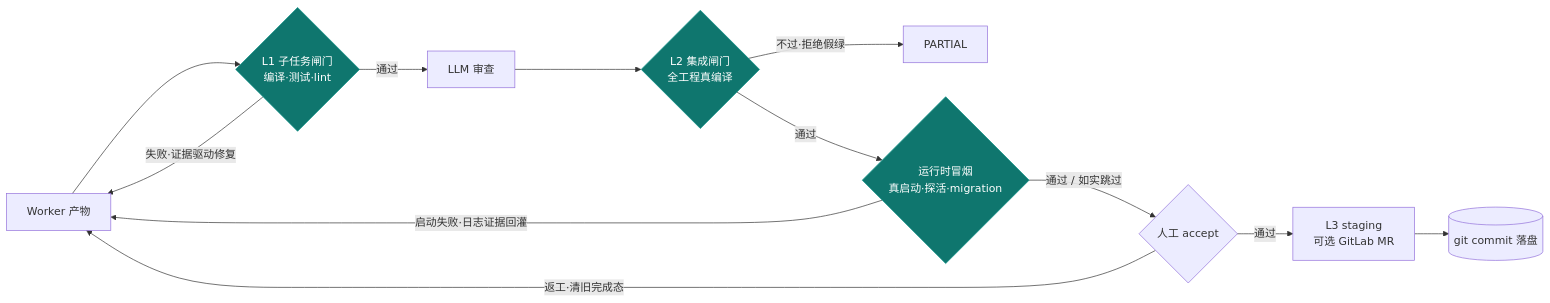
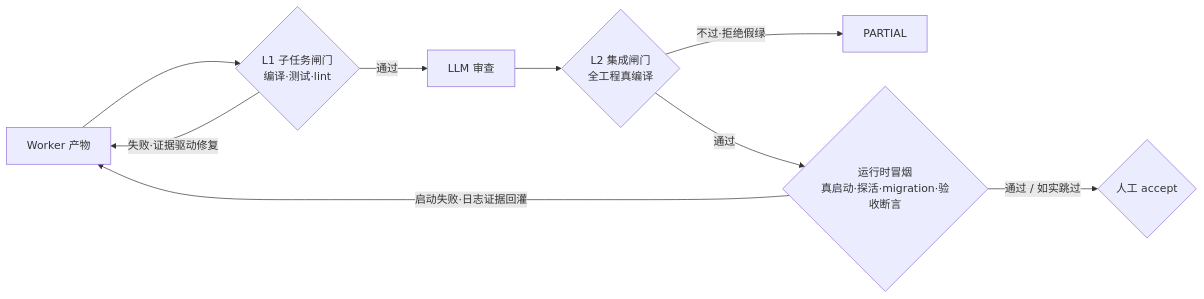
The second of 4 diagrams in README.md (Victzhang79/Swarm), drawn with Mermaid before and after one commit. The commit also changed other lines of this file and 1 other file, not shown here.

````diff
--- a/README.md
+++ b/README.md
@@ -140,18 +172,12 @@
 ```mermaid
 flowchart LR
     W[Worker 产物] --> L1
     L1{L1 子任务闸门<br/>编译·测试·lint}
     L1 -->|失败·证据驱动修复| W
     L1 -->|通过| LR[LLM 审查]
     LR --> L2{L2 集成闸门<br/>全工程真编译}
     L2 -->|不过·拒绝假绿| PT[PARTIAL]
-    L2 -->|通过| RT{运行时冒烟<br/>真启动·探活·migration}
+    L2 -->|通过| RT{运行时冒烟<br/>真启动·探活·migration·验收断言}
     RT -->|启动失败·日志证据回灌| W
     RT -->|通过 / 如实跳过| HM{人工 accept}
-    HM -->|返工·清旧完成态| W
-    HM -->|通过| L3[L3 staging<br/>可选 GitLab MR]
-    L3 --> GIT[(git commit 落盘)]
-
-    classDef gate fill:#0f766e,stroke:#0d9488,color:#fff;
-    class L1,L2,RT gate;
 ```
````
